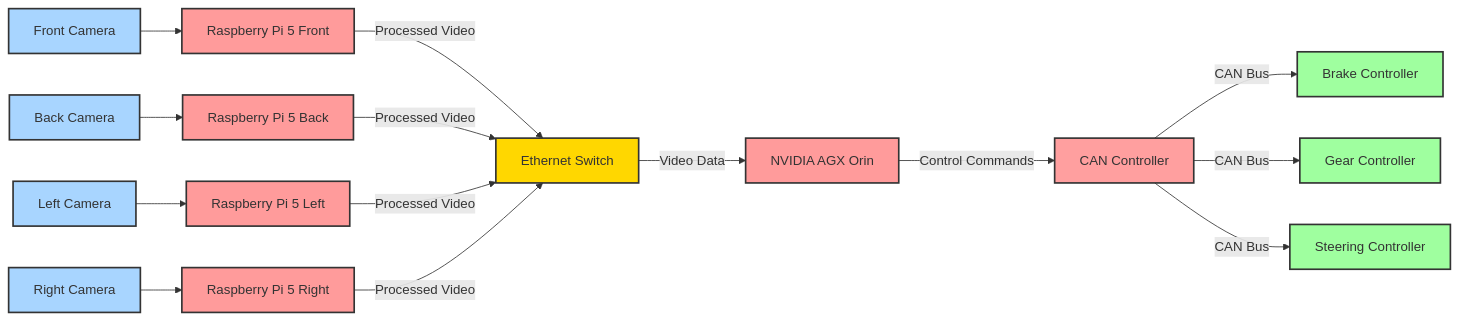
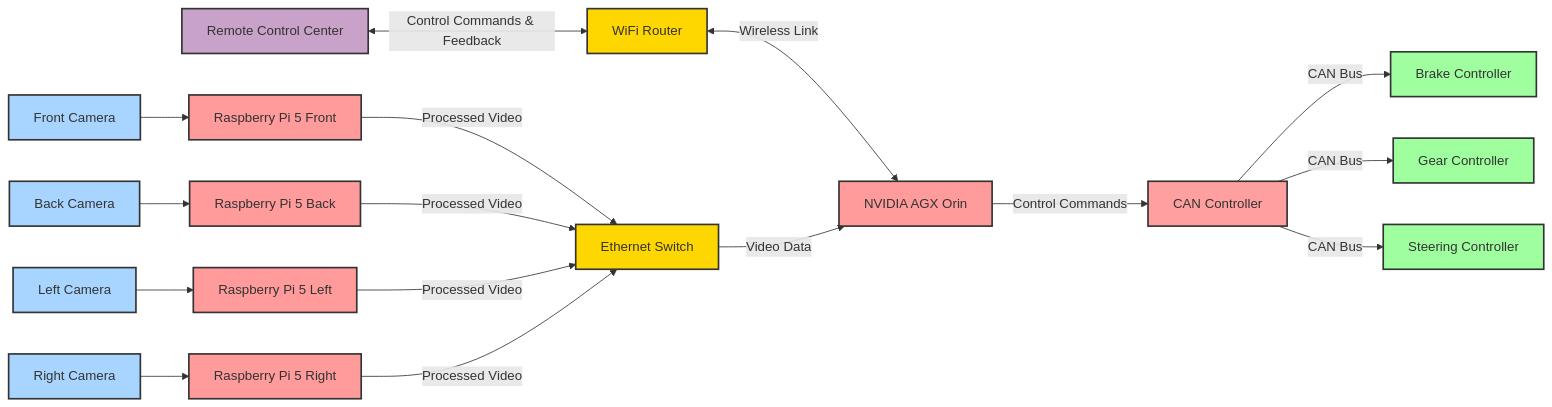
One commit to JaewooJoung/RVCE changed the diagram in README.md. Above: the diagram before and after it, drawn with Mermaid.

````diff
--- a/README.md
+++ b/README.md
@@ -25,60 +25,70 @@
 ```mermaid
 graph LR
+    %% Define Remote Control
+    remote[Remote Control Center]
+    wifi[WiFi Router]
+    
     %% Define Cameras and Raspberry Pis
     cam_front[Front Camera]
     cam_back[Back Camera]
     cam_left[Left Camera]
     cam_right[Right Camera]
     
     rpi_front[Raspberry Pi 5 Front]
     rpi_back[Raspberry Pi 5 Back]
     rpi_left[Raspberry Pi 5 Left]
     rpi_right[Raspberry Pi 5 Right]
     
     %% Define Network and Processing
     switch[Ethernet Switch]
     orin[NVIDIA AGX Orin]
     
     %% Define CAN and Controls
     can[CAN Controller]
     brake[Brake Controller]
     gear[Gear Controller]
     steering[Steering Controller]
+    
+    %% Connect Remote to WiFi
+    remote <--> |Control Commands & Feedback| wifi
+    wifi <--> |Wireless Link| orin
     
     %% Connect cameras to respective RPis
     cam_front --> rpi_front
     cam_back --> rpi_back
     cam_left --> rpi_left
     cam_right --> rpi_right
     
     %% Connect RPis to Ethernet Switch
     rpi_front --> |Processed Video| switch
     rpi_back --> |Processed Video| switch
     rpi_left --> |Processed Video| switch
     rpi_right --> |Processed Video| switch
     
     %% Connect Switch to Orin
     switch --> |Video Data| orin
     
     %% Connect Orin to CAN Controller
     orin --> |Control Commands| can
     
     %% Connect CAN to Controllers
     can --> |CAN Bus| brake
     can --> |CAN Bus| gear
     can --> |CAN Bus| steering
     
     %% Add styles
     classDef sensor fill:#a8d5ff,stroke:#333,stroke-width:2px
     classDef processor fill:#ff9b9b,stroke:#333,stroke-width:2px
     classDef network fill:#ffd700,stroke:#333,stroke-width:2px
     classDef control fill:#9fff9f,stroke:#333,stroke-width:2px
     classDef can fill:#ff9f9f,stroke:#333,stroke-width:2px
+    classDef remote fill:#c8a2c8,stroke:#333,stroke-width:2px
     
     %% Apply styles
     class cam_front,cam_back,cam_left,cam_right sensor
     class rpi_front,rpi_back,rpi_left,rpi_right,orin processor
-    class switch network
+    class switch,wifi network
     class brake,gear,steering control
     class can can
+    class remote remote
 ```
````
